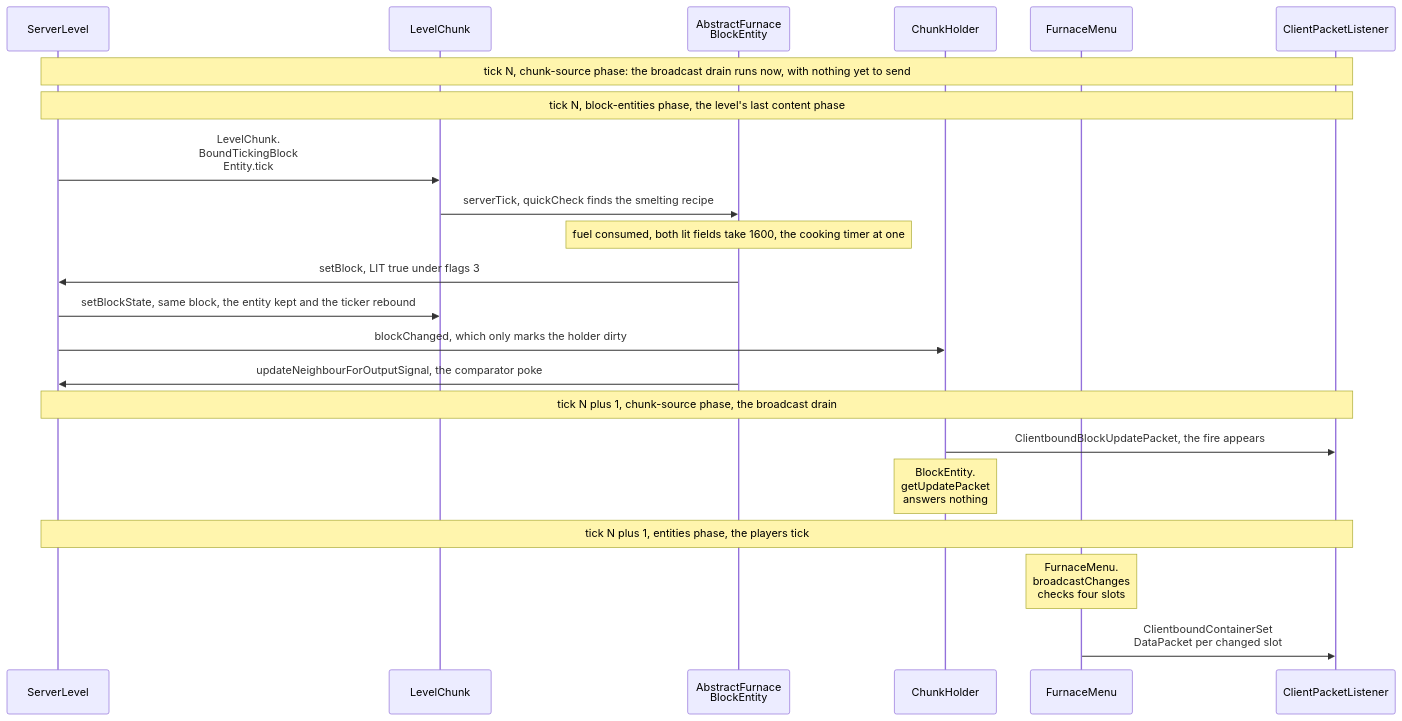
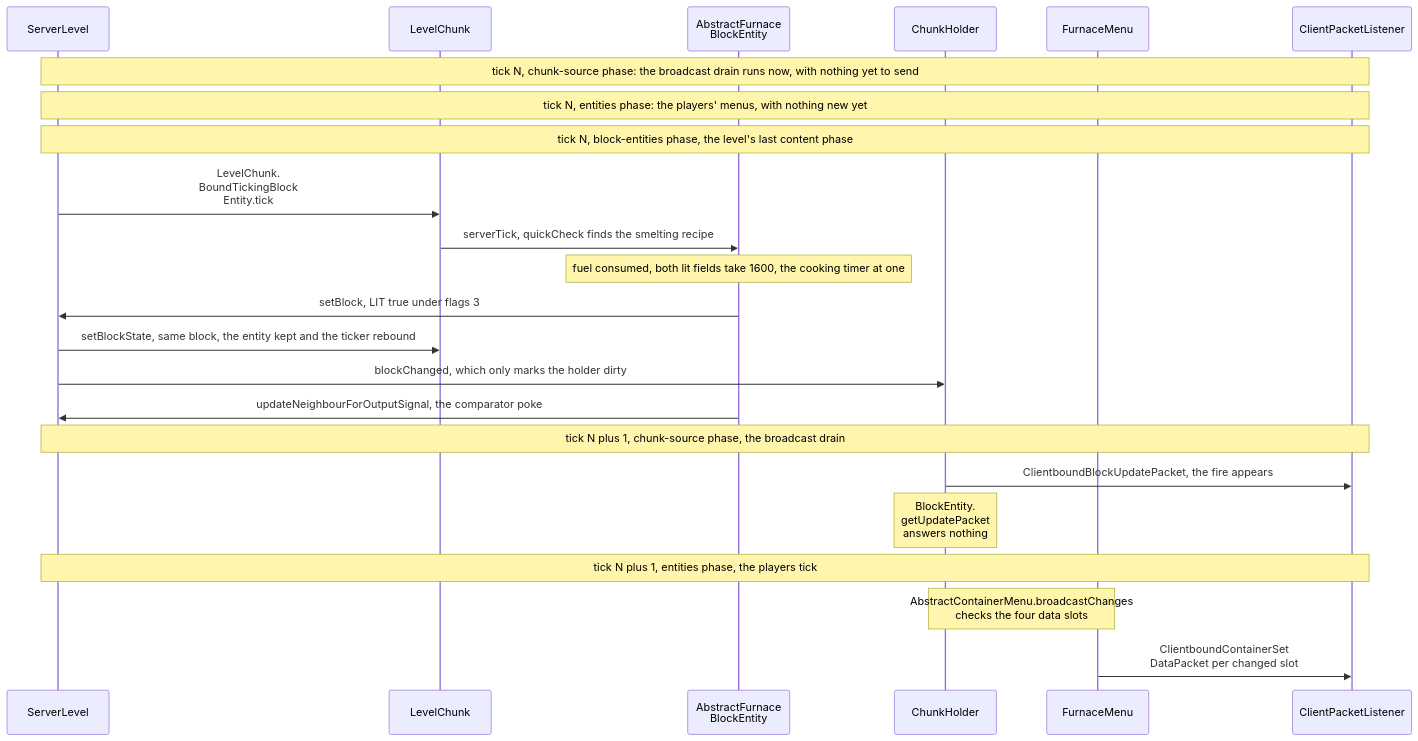
The diagram in src/systems/blocks/block-entities.md (AlexanderjFraser/MinecraftDocs), drawn with Mermaid before and after one commit. The commit also changed other lines of this file and 21 other files, not shown here.

````diff
--- a/src/systems/blocks/block-entities.md
+++ b/src/systems/blocks/block-entities.md
@@ -155,24 +158,25 @@
 ```mermaid
 sequenceDiagram
     participant SL as ServerLevel
     participant LC as LevelChunk
     participant AFBE as AbstractFurnace<br/>BlockEntity
     participant CH as ChunkHolder
     participant FM as FurnaceMenu
     participant CPL as ClientPacketListener
     Note over SL,CPL: tick N, chunk-source phase: the broadcast drain runs now, with nothing yet to send
+    Note over SL,CPL: tick N, entities phase: the players' menus, with nothing new yet
     Note over SL,CPL: tick N, block-entities phase, the level's last content phase
     SL->>LC: LevelChunk.<br/>BoundTickingBlock<br/>Entity.tick
     LC->>AFBE: serverTick, quickCheck finds the smelting recipe
     Note over AFBE: fuel consumed, both lit fields take 1600, the cooking timer at one
     AFBE->>SL: setBlock, LIT true under flags 3
     SL->>LC: setBlockState, same block, the entity kept and the ticker rebound
     SL->>CH: blockChanged, which only marks the holder dirty
     AFBE->>SL: updateNeighbourForOutputSignal, the comparator poke
     Note over SL,CPL: tick N plus 1, chunk-source phase, the broadcast drain
     CH->>CPL: ClientboundBlockUpdatePacket, the fire appears
     Note over CH: BlockEntity.<br/>getUpdatePacket<br/>answers nothing
     Note over SL,CPL: tick N plus 1, entities phase, the players tick
-    Note over FM: FurnaceMenu.<br/>broadcastChanges<br/>checks four slots
+    Note over CH,FM: AbstractContainerMenu.broadcastChanges<br/>checks the four data slots
     FM->>CPL: ClientboundContainerSet<br/>DataPacket per changed slot
 ```
````
